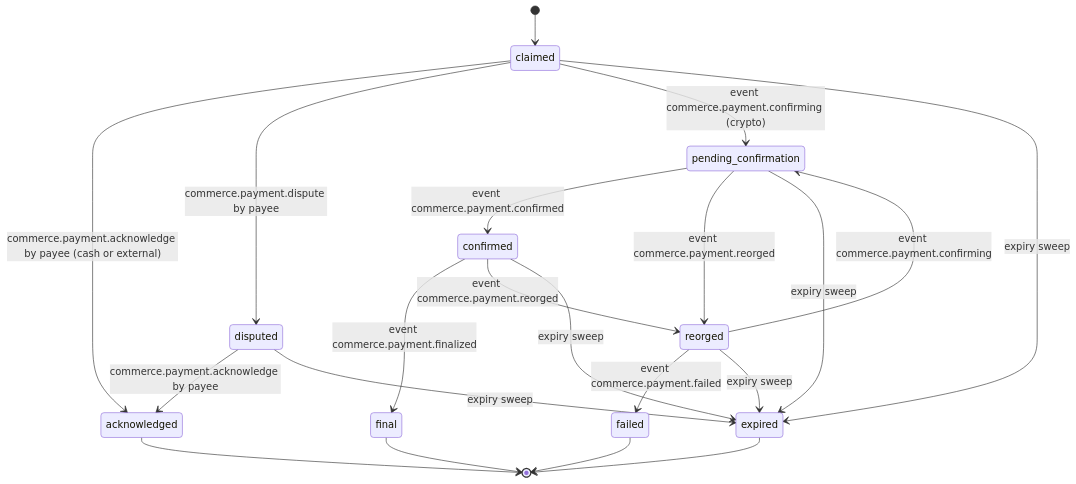
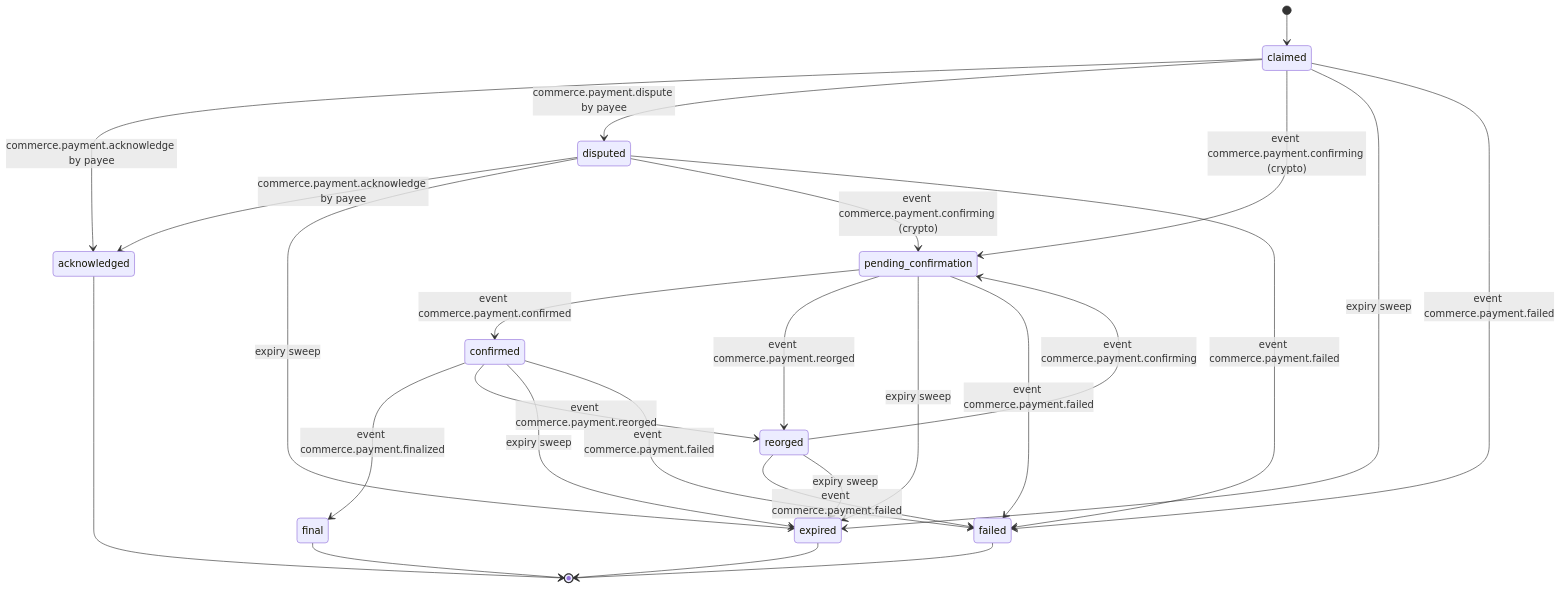
One commit to djshellshoxxx/CLASSifiedisRUPTed changed the first of 2 diagrams in 09_Commerce/01_payments/mod_noncustodial/workflow_state_machine.md. Above: the diagram before and after it, drawn with Mermaid. The commit also changed other lines of this file and 202 other files, not shown here.

````diff
--- a/09_Commerce/01_payments/mod_noncustodial/workflow_state_machine.md
+++ b/09_Commerce/01_payments/mod_noncustodial/workflow_state_machine.md
@@ -38,23 +48,28 @@
 ```mermaid
 stateDiagram-v2
   [*] --> claimed
-  claimed --> acknowledged: commerce.payment.acknowledge by payee (cash or external)
+  claimed --> acknowledged: commerce.payment.acknowledge by payee
   claimed --> disputed: commerce.payment.dispute by payee
   disputed --> acknowledged: commerce.payment.acknowledge by payee
   claimed --> pending_confirmation: event commerce.payment.confirming (crypto)
   pending_confirmation --> confirmed: event commerce.payment.confirmed
   confirmed --> final: event commerce.payment.finalized
   pending_confirmation --> reorged: event commerce.payment.reorged
   confirmed --> reorged: event commerce.payment.reorged
   reorged --> pending_confirmation: event commerce.payment.confirming
   reorged --> failed: event commerce.payment.failed
   claimed --> expired: expiry sweep
   disputed --> expired: expiry sweep
   pending_confirmation --> expired: expiry sweep
   confirmed --> expired: expiry sweep
   reorged --> expired: expiry sweep
+  disputed --> pending_confirmation: event commerce.payment.confirming (crypto)
+  claimed --> failed: event commerce.payment.failed
+  pending_confirmation --> failed: event commerce.payment.failed
+  confirmed --> failed: event commerce.payment.failed
+  disputed --> failed: event commerce.payment.failed
   acknowledged --> [*]
   final --> [*]
   failed --> [*]
   expired --> [*]
 ```
````
